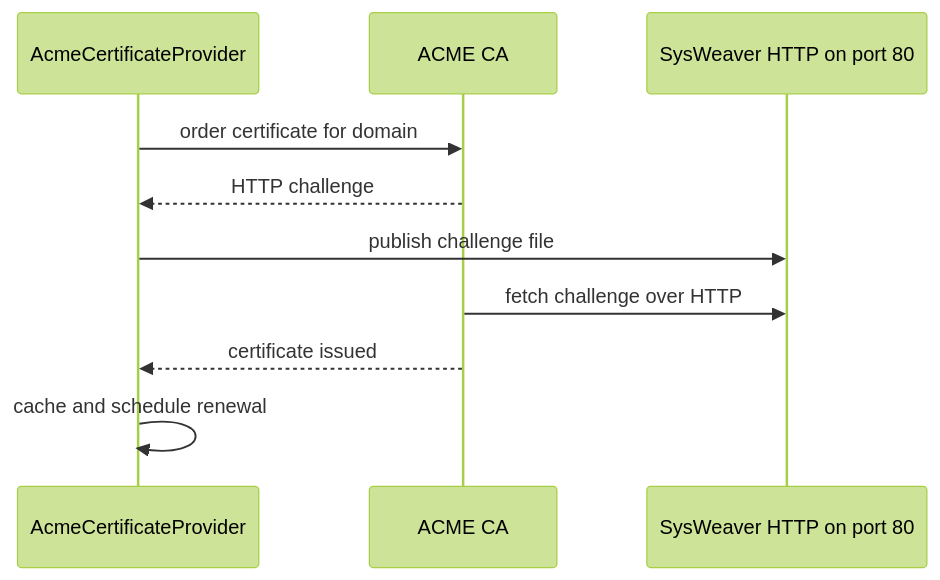
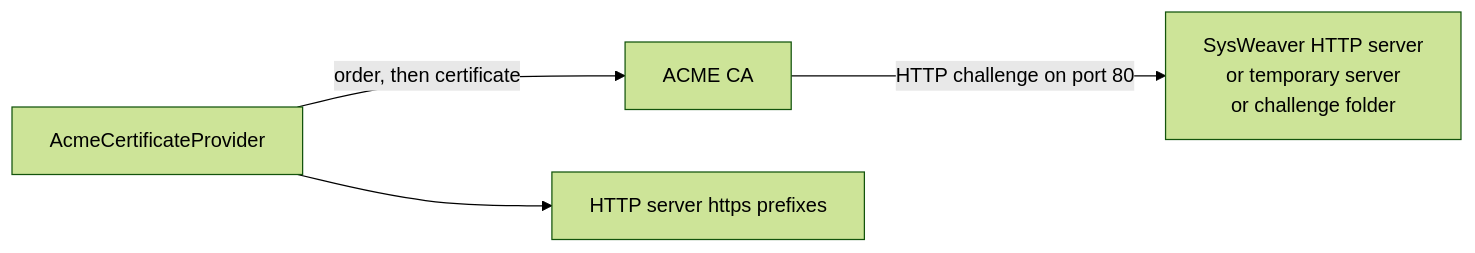
Before and after one commit to dosh1974/SysWeaver: the diagram in SysWeaver.Security.Acme/README.md, drawn with Mermaid (forest theme). The commit also changed other lines of this file and 532 other files, not shown here.

````diff
--- a/SysWeaver.Security.Acme/README.md
+++ b/SysWeaver.Security.Acme/README.md
@@ -18,12 +18,6 @@
 ```mermaid
-sequenceDiagram
-  participant P as AcmeCertificateProvider
-  participant CA as ACME CA
-  participant W as SysWeaver HTTP on port 80
-  P->>CA: order certificate for domain
-  CA-->>P: HTTP challenge
-  P->>W: publish challenge file
-  CA->>W: fetch challenge over HTTP
-  CA-->>P: certificate issued
-  P->>P: cache and schedule renewal
+flowchart LR
+  P["AcmeCertificateProvider"] -->|"order, then certificate"| CA["ACME CA"]
+  CA -->|"HTTP challenge on port 80"| W["SysWeaver HTTP server<br/>or temporary server<br/>or challenge folder"]
+  P --> Srv["HTTP server https prefixes"]
 ```
````
